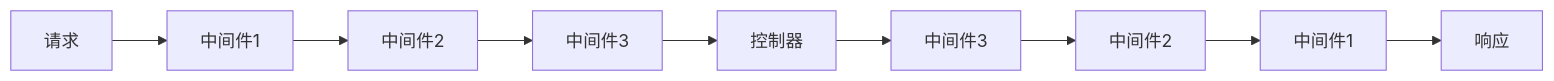
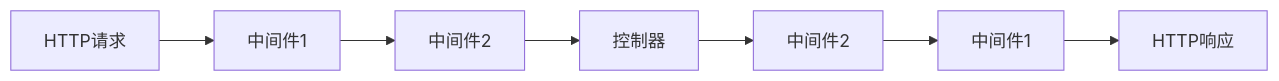
The diagram in docs/guide/middleware.md (duxweb/dux-lite), drawn with Mermaid before and after one commit. The commit also changed other lines of this file and 19 other files, not shown here.

````diff
--- a/docs/guide/middleware.md
+++ b/docs/guide/middleware.md
@@ -21,11 +9,9 @@
 ```mermaid
 graph LR
-    A[请求] --> B[中间件1]
-    B --> C[中间件2]
-    C --> D[中间件3]
-    D --> E[控制器]
-    E --> F[中间件3]
-    F --> G[中间件2]
-    G --> H[中间件1]
-    H --> I[响应]
+    A[HTTP请求] --> B[中间件1]
+    B --> C[中间件2] 
+    C --> D[控制器]
+    D --> E[中间件2]
+    E --> F[中间件1]
+    F --> G[HTTP响应]
 ```
````
